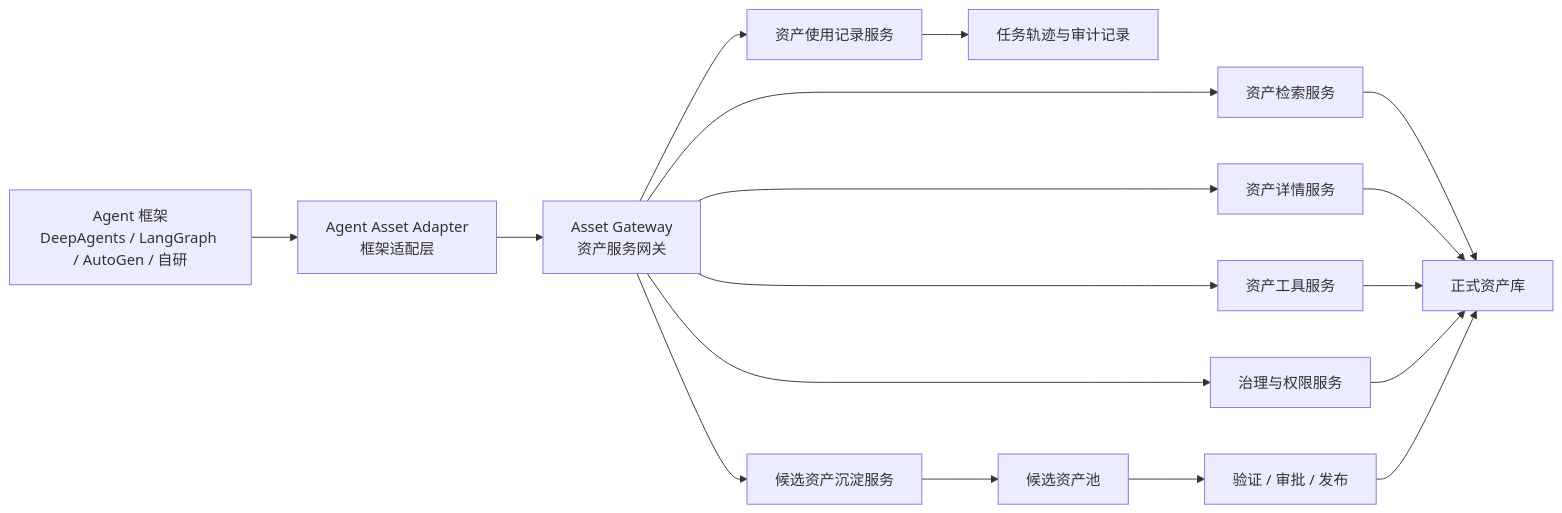
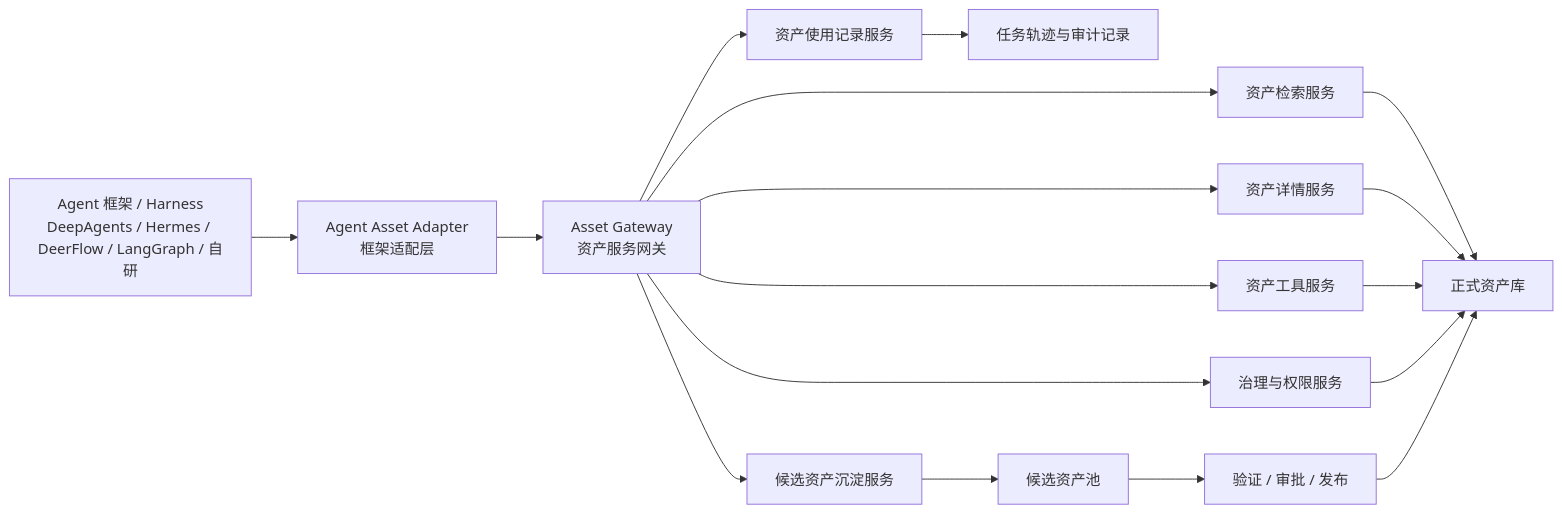
The first of 5 diagrams in architecture.md (jkssgx/AgentAsset), drawn with Mermaid before and after one commit. The commit also changed other lines of this file and 3 other files, not shown here.

Commit message:
Document AI-assisted asset creation flow

````diff
--- a/architecture.md
+++ b/architecture.md
@@ -105,19 +130,19 @@
 ```mermaid
 flowchart LR
-  A["Agent 框架<br/>DeepAgents / LangGraph / AutoGen / 自研"] --> B["Agent Asset Adapter<br/>框架适配层"]
+  A["Agent 框架 / Harness<br/>DeepAgents / Hermes / DeerFlow / LangGraph / 自研"] --> B["Agent Asset Adapter<br/>框架适配层"]
   B --> C["Asset Gateway<br/>资产服务网关"]
   C --> D["资产检索服务"]
   C --> E["资产详情服务"]
   C --> F["资产工具服务"]
   C --> G["治理与权限服务"]
   C --> H["资产使用记录服务"]
   C --> I["候选资产沉淀服务"]
   D --> J["正式资产库"]
   E --> J
   F --> J
   G --> J
   H --> K["任务轨迹与审计记录"]
   I --> L["候选资产池"]
   L --> M["验证 / 审批 / 发布"]
   M --> J
 ```
````
